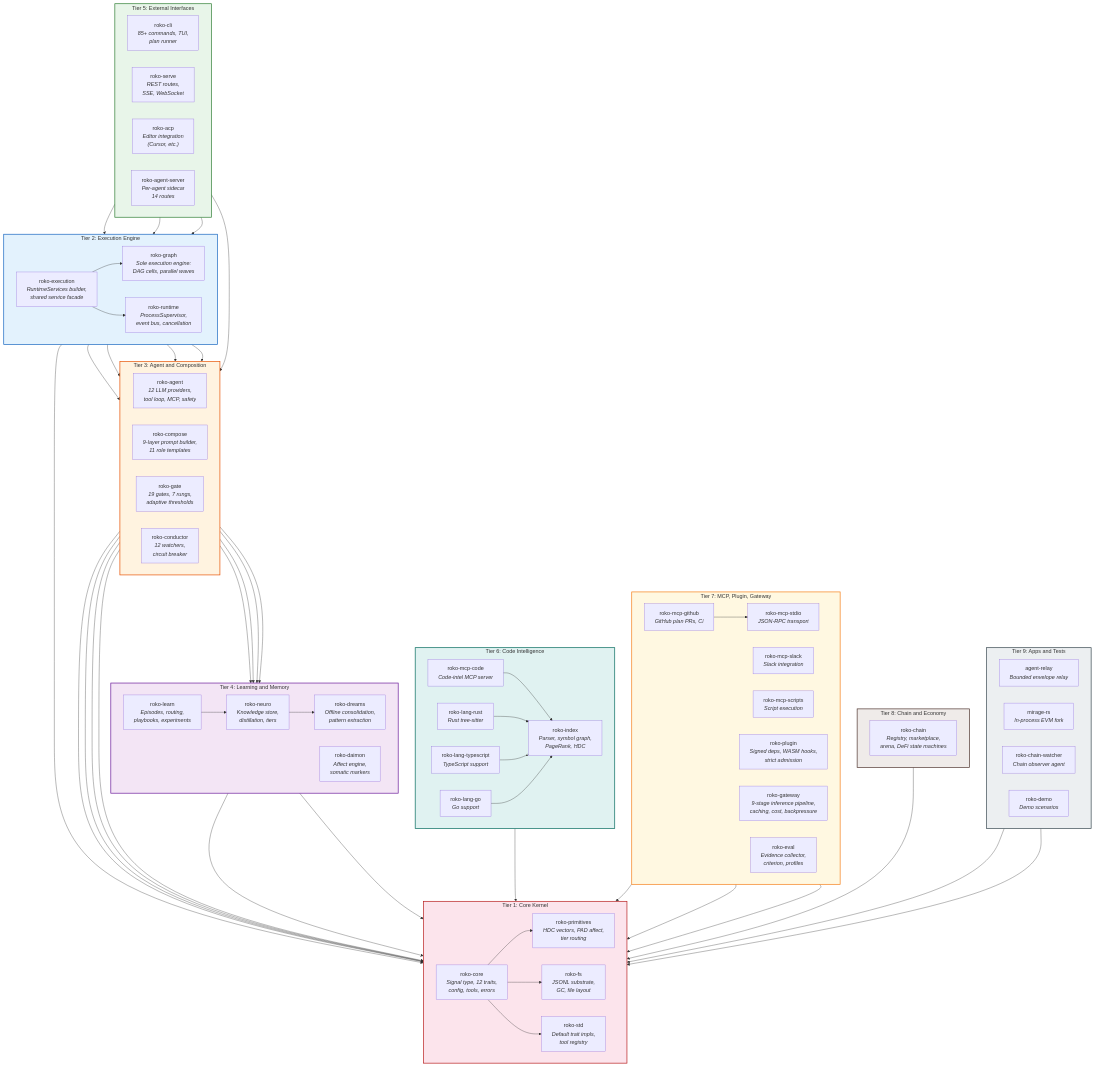
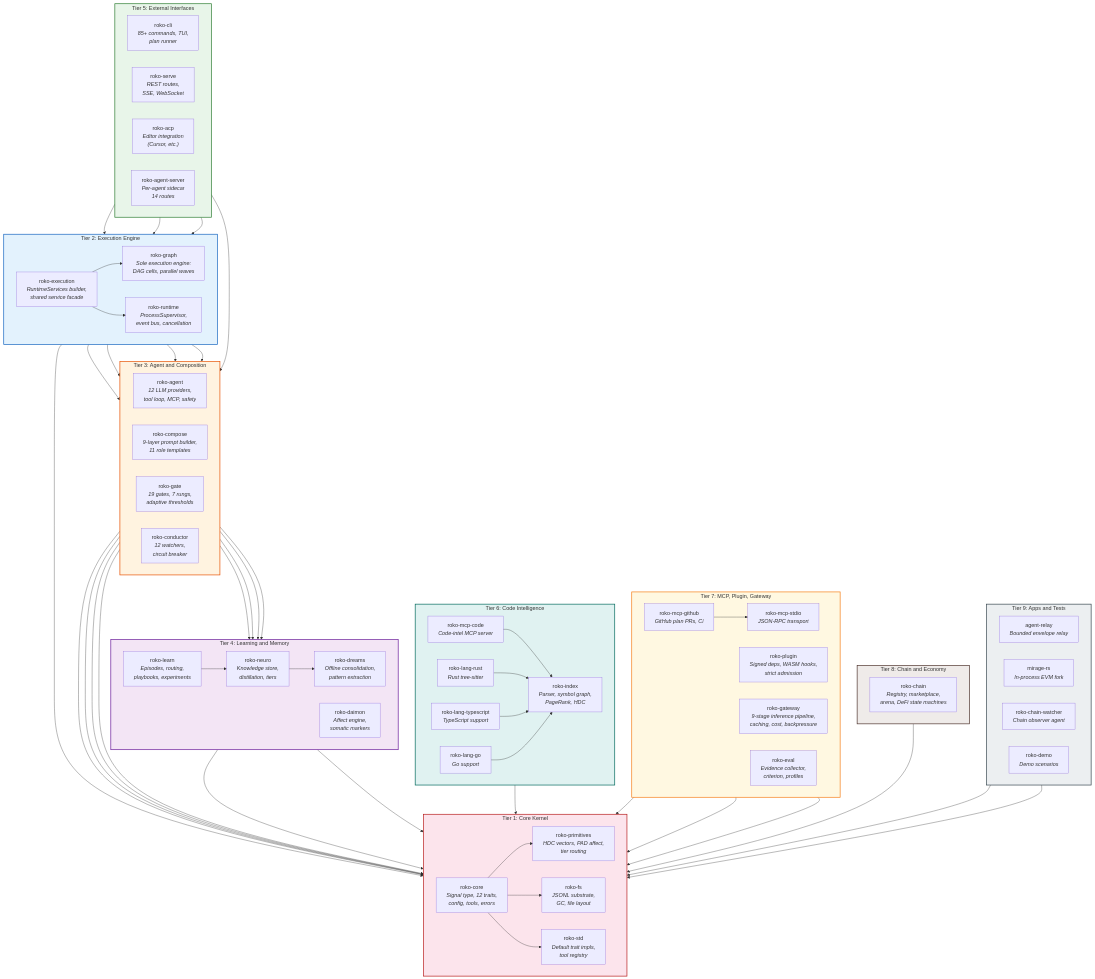
The diagram in docs/v3/explorer/architecture.md (wpank/roko), drawn with Mermaid before and after one commit. The commit also changed 7 other files, not shown here.

First line of the commit message:
docs: the v3 docs no longer list roko-mcp-slack or roko-mcp-scripts

```diff
--- a/docs/v3/explorer/architecture.md
+++ b/docs/v3/explorer/architecture.md
@@ -55,8 +55,6 @@
         direction LR
         MCPGH["roko-mcp-github<br/><i>GitHub plan PRs, CI</i>"]
         MCPSTDIO["roko-mcp-stdio<br/><i>JSON-RPC transport</i>"]
-        MCPSLACK["roko-mcp-slack<br/><i>Slack integration</i>"]
-        MCPSCRIPT["roko-mcp-scripts<br/><i>Script execution</i>"]
         PLUGIN["roko-plugin<br/><i>Signed deps, WASM hooks,<br/>strict admission</i>"]
         GATEWAY["roko-gateway<br/><i>9-stage inference pipeline,<br/>caching, cost, backpressure</i>"]
         EVAL["roko-eval<br/><i>Evidence collector,<br/>criterion, profiles</i>"]
```
